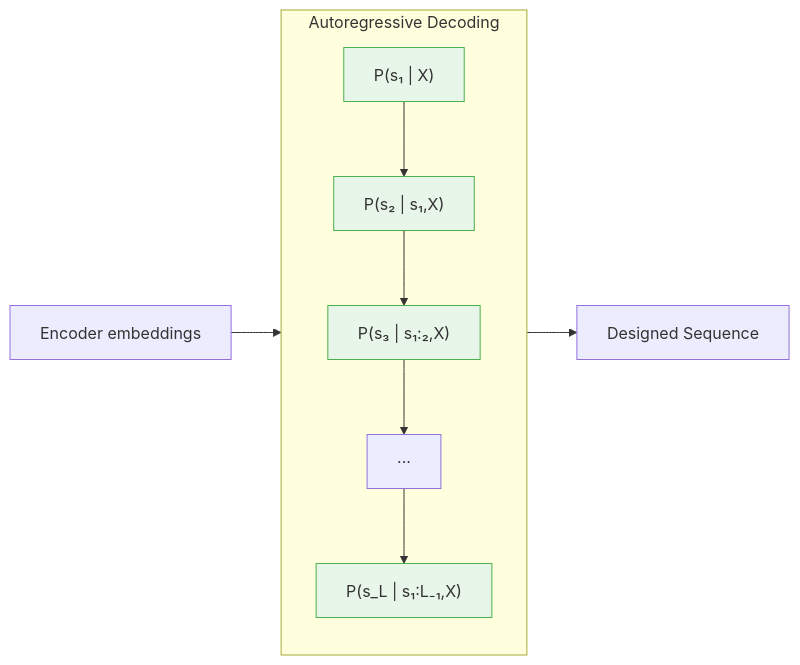
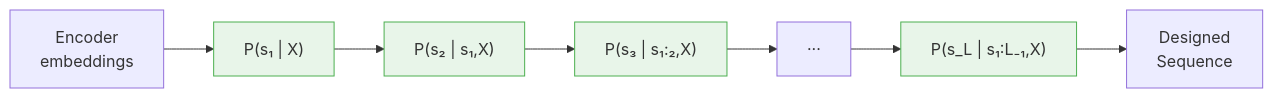
The diagram in assets/img/teaching/protein-ai/mermaid/s26-09-proteinmpnn_diagram_3.mmd (sungsoo-ahn/sungsoo-ahn.github.io), drawn with Mermaid before and after one commit. The commit also changed 22 other files, not shown here.

First line of the commit message:
docs: Refine lecture notes 4–9, update diagrams, and add Key Takeaways

```diff
--- a/assets/img/teaching/protein-ai/mermaid/s26-09-proteinmpnn_diagram_3.mmd
+++ b/assets/img/teaching/protein-ai/mermaid/s26-09-proteinmpnn_diagram_3.mmd
@@ -1,14 +1,12 @@
 flowchart LR
-    ENC["Encoder embeddings"] --> Decode
-    subgraph Decode["Autoregressive Decoding"]
-        S1["P(s₁ | X)"] --> S2["P(s₂ | s₁,X)"]
-        S2 --> S3["P(s₃ | s₁:₂,X)"]
-        S3 --> DOTS["···"]
-        DOTS --> SL["P(s_L | s₁:L₋₁,X)"]
-    end
-    Decode --> SEQ["Designed Sequence"]
+    ENC["Encoder<br/>embeddings"] --> S1["P(s₁ | X)"]
+    S1 --> S2["P(s₂ | s₁,X)"]
+    S2 --> S3["P(s₃ | s₁:₂,X)"]
+    S3 --> DOTS["···"]
+    DOTS --> SL["P(s_L | s₁:L₋₁,X)"]
+    SL --> SEQ["Designed<br/>Sequence"]
 
     style S1 fill:#e8f5e9,stroke:#4CAF50
     style S2 fill:#e8f5e9,stroke:#4CAF50
     style S3 fill:#e8f5e9,stroke:#4CAF50
     style SL fill:#e8f5e9,stroke:#4CAF50
```
